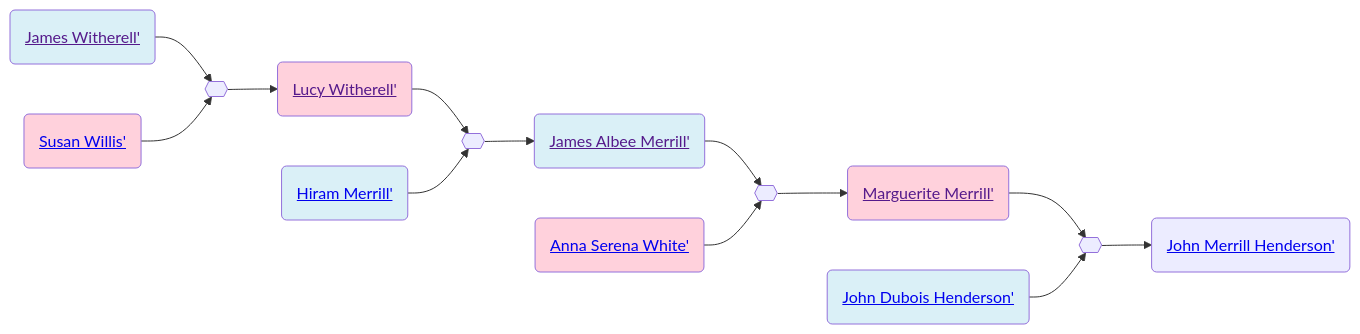
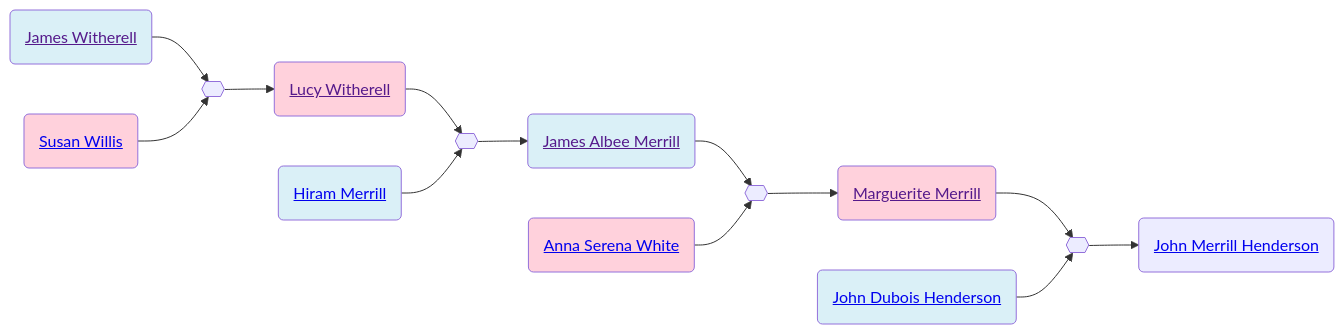
Before and after one commit to neelsmith/avocational: the diagram in familyhistory/sources/people/Merrill-line/James_Witherell.qmd, drawn with Mermaid. The commit also changed 96 other files, not shown here.

````diff
--- a/familyhistory/sources/people/Merrill-line/James_Witherell.qmd
+++ b/familyhistory/sources/people/Merrill-line/James_Witherell.qmd
@@ -26,32 +26,32 @@
 ```{mermaid}
 graph LR
 %% LR descendant diagram
 class James_Witherell_and_Susan_Willis marriage
-James_Witherell(<a href=''>James Witherell'</>) --> James_Witherell_and_Susan_Willis{{ }}
-Susan_Willis(<a href='./Willis-line/Susan_Willis.html'>Susan Willis'</>) --> James_Witherell_and_Susan_Willis{{ }}
+James_Witherell(<a href=''>James Witherell</a>) --> James_Witherell_and_Susan_Willis{{ }}
+Susan_Willis(<a href='./Willis-line/Susan_Willis.html'>Susan Willis</a>) --> James_Witherell_and_Susan_Willis{{ }}
 class James_Witherell father
 class Susan_Willis mother
-James_Witherell_and_Susan_Willis{{ }} --> Lucy_Witherell(<a href='./Lucy_Witherell.html'>Lucy Witherell'</>)
+James_Witherell_and_Susan_Willis{{ }} --> Lucy_Witherell(<a href='./Lucy_Witherell.html'>Lucy Witherell</a>)
 class Lucy_Witherell_and_Hiram_Merrill marriage
-Lucy_Witherell(<a href=''>Lucy Witherell'</>) --> Lucy_Witherell_and_Hiram_Merrill{{ }}
-Hiram_Merrill(<a href='./Hiram_Merrill.html'>Hiram Merrill'</>) --> Lucy_Witherell_and_Hiram_Merrill{{ }}
+Lucy_Witherell(<a href=''>Lucy Witherell</a>) --> Lucy_Witherell_and_Hiram_Merrill{{ }}
+Hiram_Merrill(<a href='./Hiram_Merrill.html'>Hiram Merrill</a>) --> Lucy_Witherell_and_Hiram_Merrill{{ }}
 class Hiram_Merrill father
 class Lucy_Witherell mother
-Lucy_Witherell_and_Hiram_Merrill{{ }} --> James_Albee_Merrill(<a href='./James_Albee_Merrill.html'>James Albee Merrill'</>)
+Lucy_Witherell_and_Hiram_Merrill{{ }} --> James_Albee_Merrill(<a href='./James_Albee_Merrill.html'>James Albee Merrill</a>)
 class James_Albee_Merrill_and_Anna_Serena_White marriage
-James_Albee_Merrill(<a href=''>James Albee Merrill'</>) --> James_Albee_Merrill_and_Anna_Serena_White{{ }}
-Anna_Serena_White(<a href='./White-line/Anna_Serena_White.html'>Anna Serena White'</>) --> James_Albee_Merrill_and_Anna_Serena_White{{ }}
+James_Albee_Merrill(<a href=''>James Albee Merrill</a>) --> James_Albee_Merrill_and_Anna_Serena_White{{ }}
+Anna_Serena_White(<a href='./White-line/Anna_Serena_White.html'>Anna Serena White</a>) --> James_Albee_Merrill_and_Anna_Serena_White{{ }}
 class James_Albee_Merrill father
 class Anna_Serena_White mother
-James_Albee_Merrill_and_Anna_Serena_White{{ }} --> Marguerite_Merrill(<a href='./Marguerite_Merrill.html'>Marguerite Merrill'</>)
+James_Albee_Merrill_and_Anna_Serena_White{{ }} --> Marguerite_Merrill(<a href='./Marguerite_Merrill.html'>Marguerite Merrill</a>)
 class Marguerite_Merrill_and_John_Dubois_Henderson marriage
-Marguerite_Merrill(<a href=''>Marguerite Merrill'</>) --> Marguerite_Merrill_and_John_Dubois_Henderson{{ }}
-John_Dubois_Henderson(<a href='./../Henderson-line/John_Dubois_Henderson.html'>John Dubois Henderson'</>) --> Marguerite_Merrill_and_John_Dubois_Henderson{{ }}
+Marguerite_Merrill(<a href=''>Marguerite Merrill</a>) --> Marguerite_Merrill_and_John_Dubois_Henderson{{ }}
+John_Dubois_Henderson(<a href='./../Henderson-line/John_Dubois_Henderson.html'>John Dubois Henderson</a>) --> Marguerite_Merrill_and_John_Dubois_Henderson{{ }}
 class John_Dubois_Henderson father
 class Marguerite_Merrill mother
-Marguerite_Merrill_and_John_Dubois_Henderson{{ }} --> John_Merrill_Henderson(<a href='./../Henderson-line/John_Merrill_Henderson.html'>John Merrill Henderson'</>)
+Marguerite_Merrill_and_John_Dubois_Henderson{{ }} --> John_Merrill_Henderson(<a href='./../Henderson-line/John_Merrill_Henderson.html'>John Merrill Henderson</a>)
 classDef mother fill:#ffd1dc
 classDef father fill:#daf0f7  
 classDef marriage fill:#ffffff
 
 ```
````
